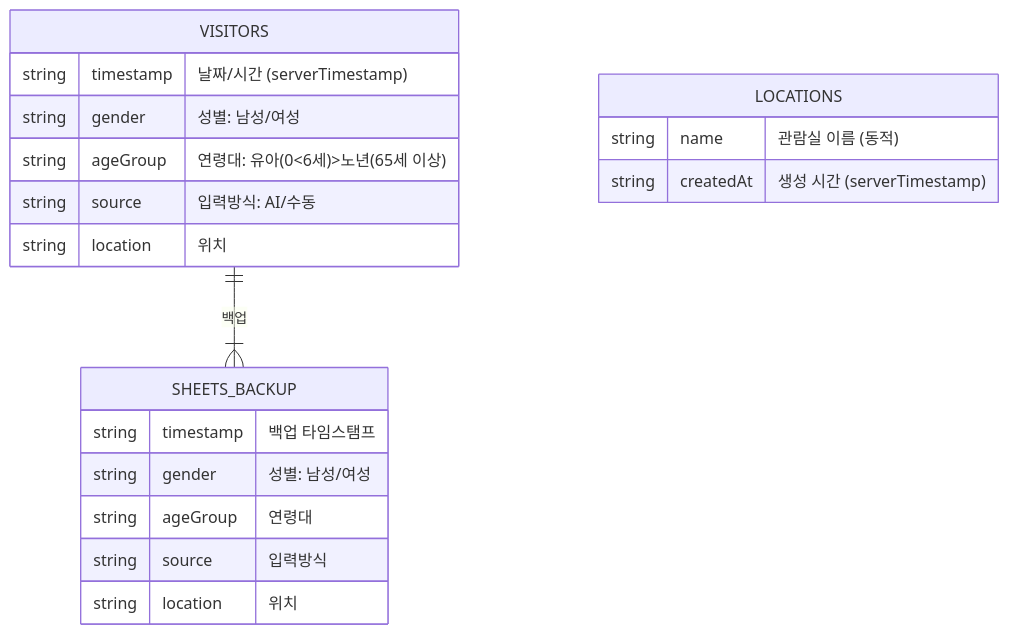
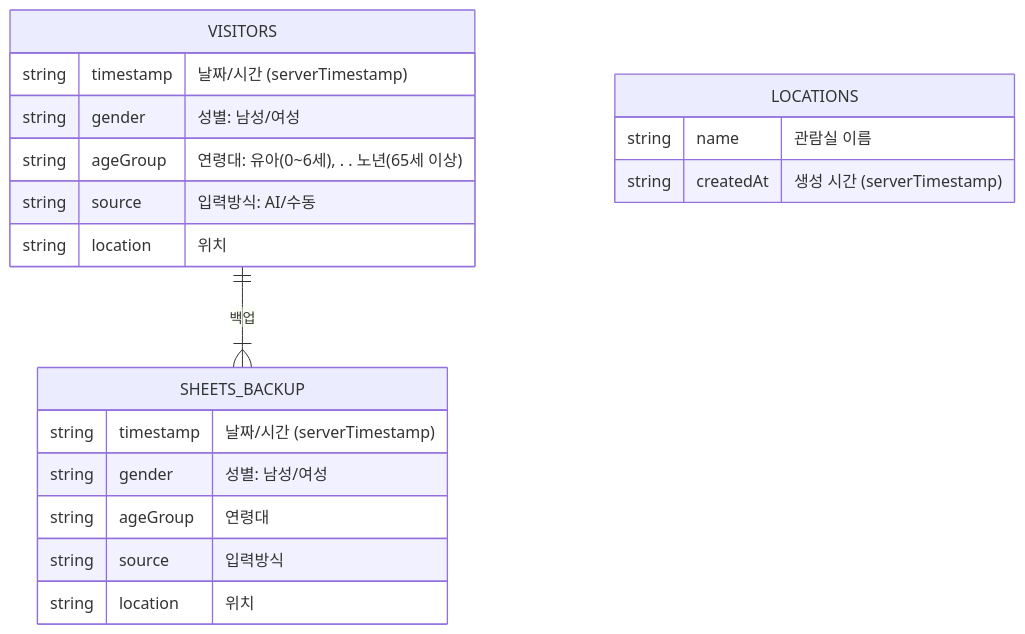
Before and after one commit to seoul-raim/raim-visitor-checkin: the third of 3 diagrams in docs/ARCHITECTURE.md, drawn with Mermaid. The commit also changed other lines of this file and 10 other files, not shown here.

````diff
--- a/docs/ARCHITECTURE.md
+++ b/docs/ARCHITECTURE.md
@@ -312,25 +176,25 @@
 ```mermaid
 erDiagram
     VISITORS {
         string timestamp "날짜/시간 (serverTimestamp)"
         string gender "성별: 남성/여성"
-        string ageGroup "연령대: 유아(0~6세)~노년(65세 이상)"
+        string ageGroup "연령대: 유아(0~6세), . . 노년(65세 이상)"
         string source "입력방식: AI/수동"
         string location "위치"
     }
 
     LOCATIONS {
-        string name "관람실 이름 (동적)"
+        string name "관람실 이름"
         string createdAt "생성 시간 (serverTimestamp)"
     }
 
     SHEETS_BACKUP {
-        string timestamp "백업 타임스탬프"
+        string timestamp "날짜/시간 (serverTimestamp)"
         string gender "성별: 남성/여성"
         string ageGroup "연령대"
         string source "입력방식"
         string location "위치"
     }
 
     VISITORS ||--|{ SHEETS_BACKUP : "백업"
 ```
````
